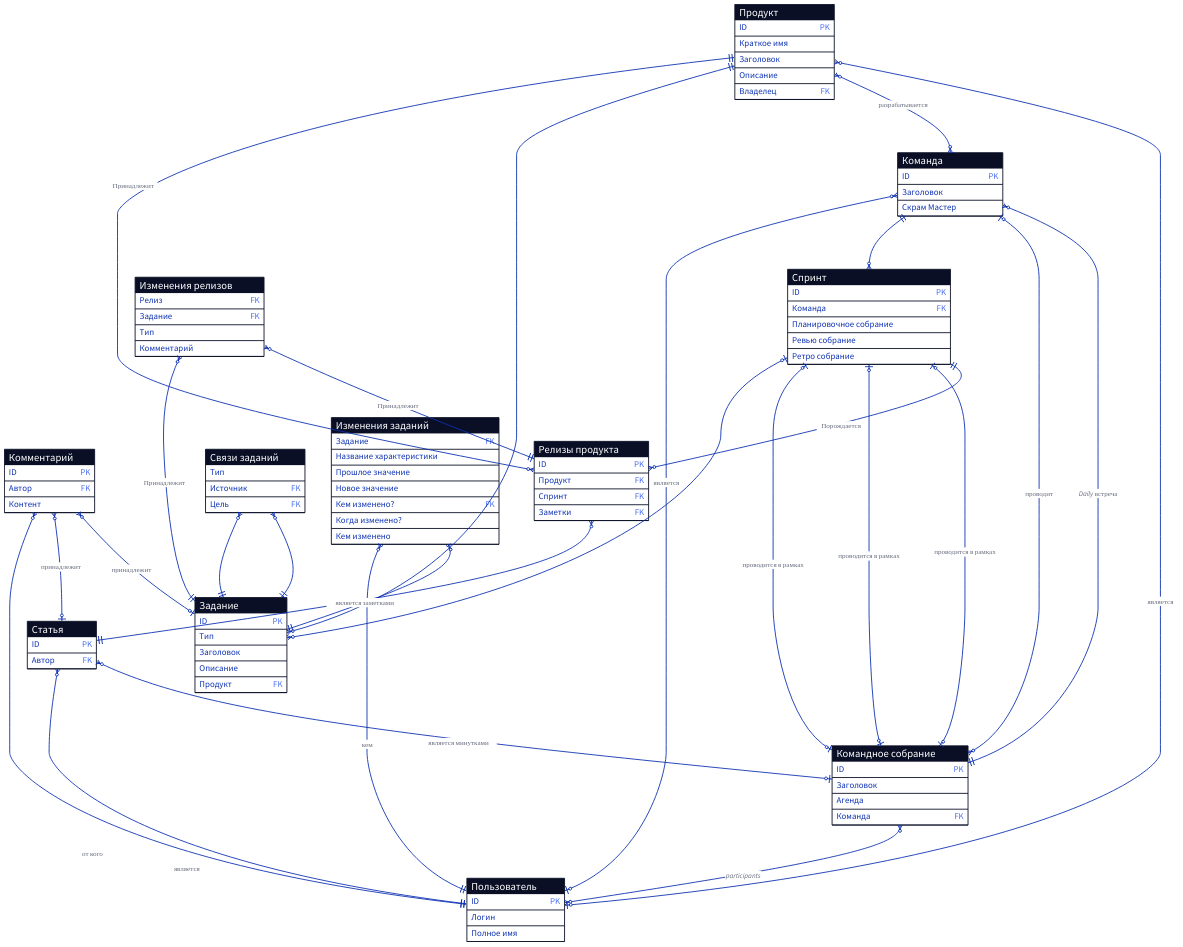
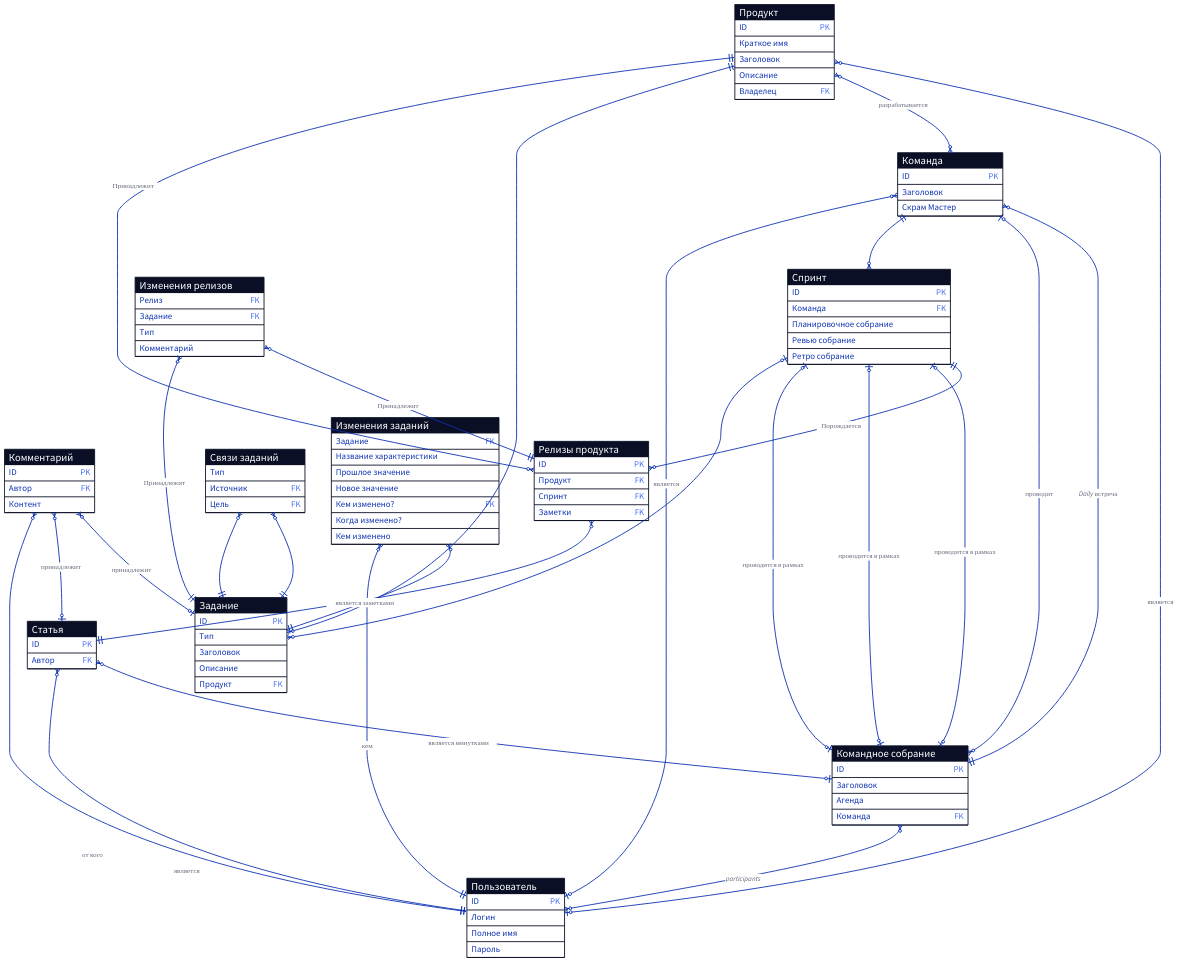
One commit to forafox/Zadachnik changed the diagram in docs/infological.d2. Above: the diagram before and after it, drawn with D2. The commit also changed 1 other file, not shown here.

```diff
--- a/docs/infological.d2
+++ b/docs/infological.d2
@@ -19,6 +19,7 @@
   ID {constraint: primary_key}
   Логин
   Полное имя
+  Пароль
 }
 
 Спринт: {
```
